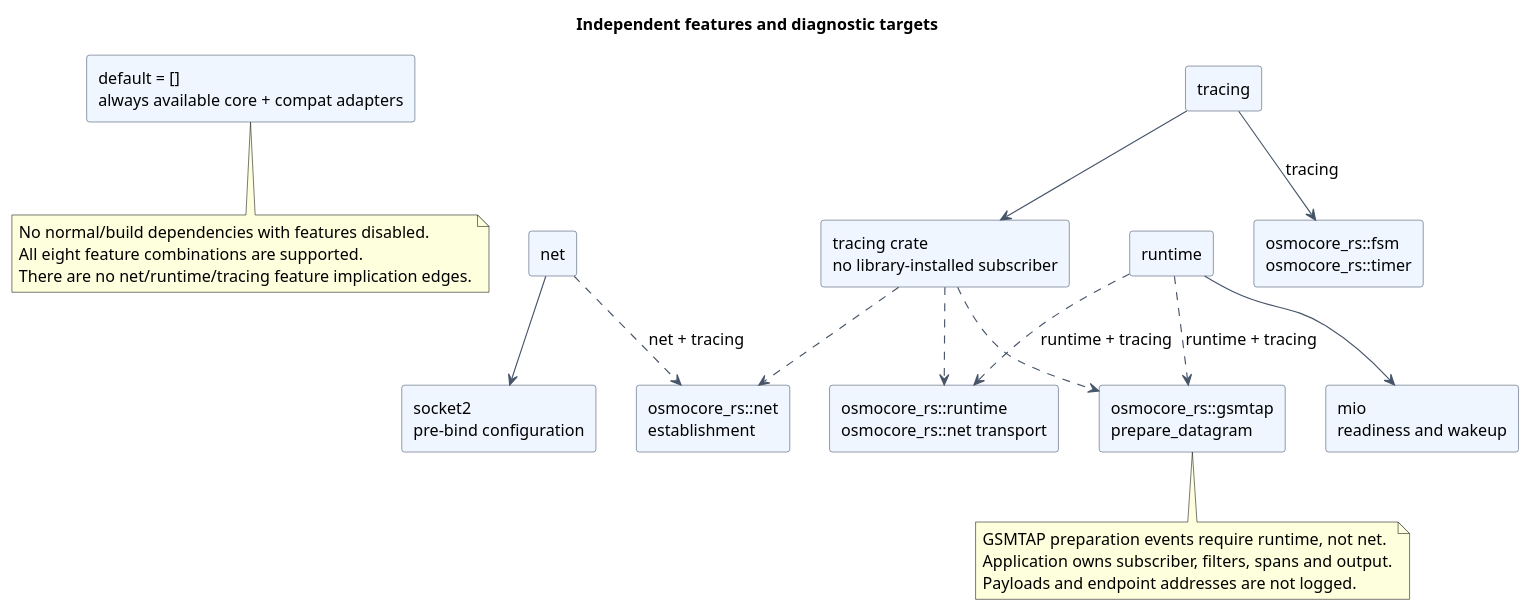
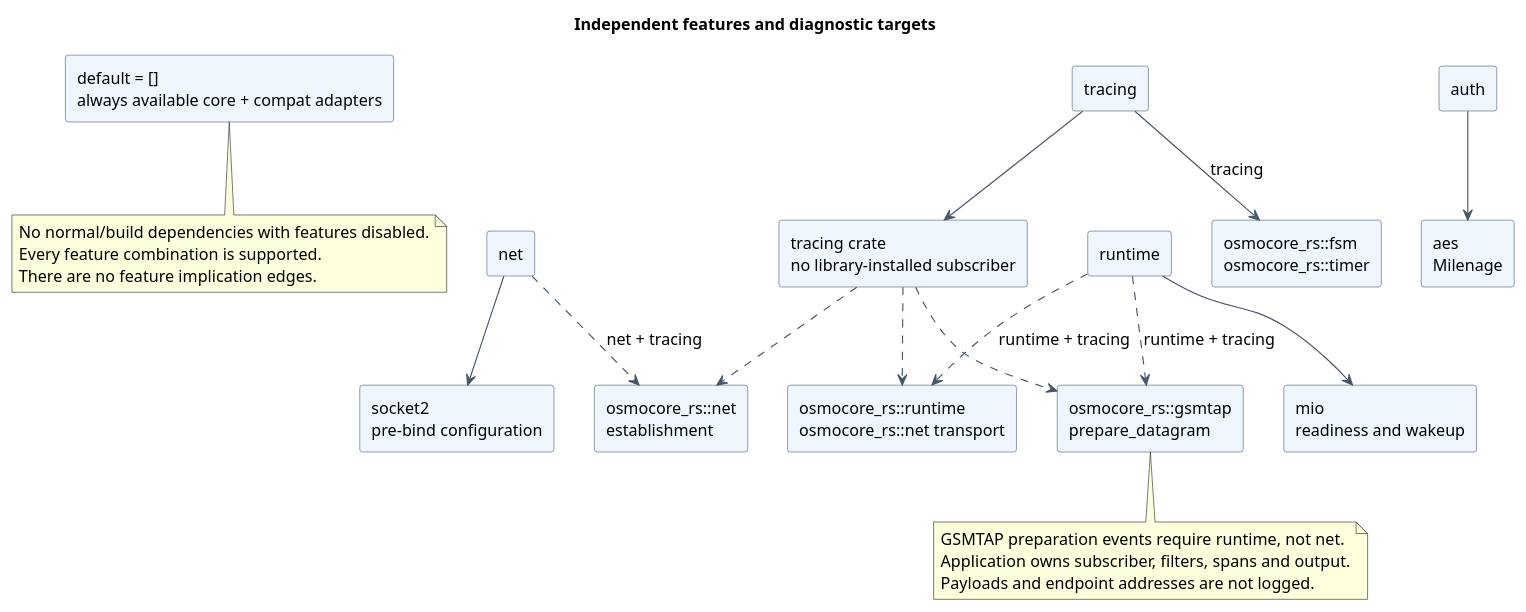
One commit to Silent-Wolf-Labs/osmocore-rs changed the diagram in docs/architecture/diagrams/src/features-diagnostics.puml. Above: the diagram before and after it, drawn with PlantUML. The commit also changed 29 other files, not shown here.

```diff
--- a/docs/architecture/diagrams/src/features-diagnostics.puml
+++ b/docs/architecture/diagrams/src/features-diagnostics.puml
@@ -1,45 +1,48 @@
 @startuml
 title Independent features and diagnostic targets
 skinparam backgroundColor white
 skinparam shadowing false
 skinparam componentStyle rectangle
 skinparam defaultFontName SansSerif
 skinparam defaultFontSize 14
 skinparam ArrowColor #475569
 skinparam componentBackgroundColor #EFF6FF
 skinparam componentBorderColor #475569
 skinparam packageBackgroundColor #F8FAFC
 skinparam packageBorderColor #64748B
 top to bottom direction
 component "default = []\nalways available core + compat adapters" as defaults
 component "net" as net
 component "runtime" as runtime
 component "tracing" as tracing
+component "auth" as auth
 component "socket2\npre-bind configuration" as socket2
 component "mio\nreadiness and wakeup" as mio
+component "aes\nMilenage" as aes
 component "tracing crate\nno library-installed subscriber" as library
 component "osmocore_rs::fsm\nosmocore_rs::timer" as coretargets
 component "osmocore_rs::net\nestablishment" as nettarget
 component "osmocore_rs::runtime\nosmocore_rs::net transport" as runtarget
 component "osmocore_rs::gsmtap\nprepare_datagram" as gsmtap
 net --> socket2
 runtime --> mio
+auth --> aes
 tracing --> library
 tracing --> coretargets : tracing
 net ..> nettarget : net + tracing
 runtime ..> runtarget : runtime + tracing
 runtime ..> gsmtap : runtime + tracing
 library ..> nettarget
 library ..> runtarget
 library ..> gsmtap
 note bottom of defaults
 No normal/build dependencies with features disabled.
-All eight feature combinations are supported.
-There are no net/runtime/tracing feature implication edges.
+Every feature combination is supported.
+There are no feature implication edges.
 end note
 note bottom of gsmtap
 GSMTAP preparation events require runtime, not net.
 Application owns subscriber, filters, spans and output.
 Payloads and endpoint addresses are not logged.
 end note
 @enduml
```
